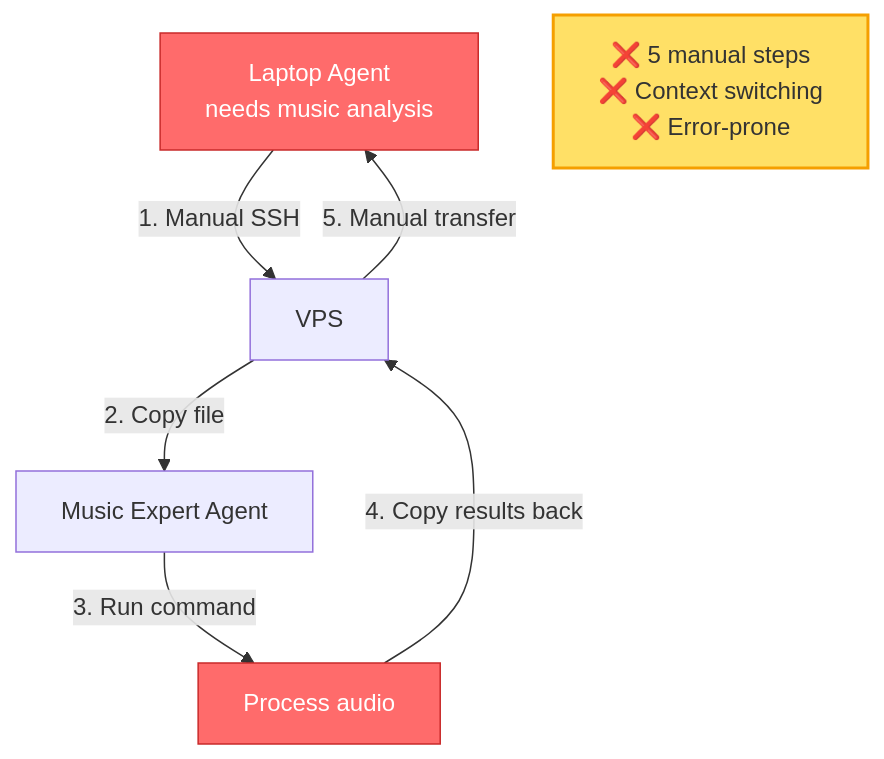
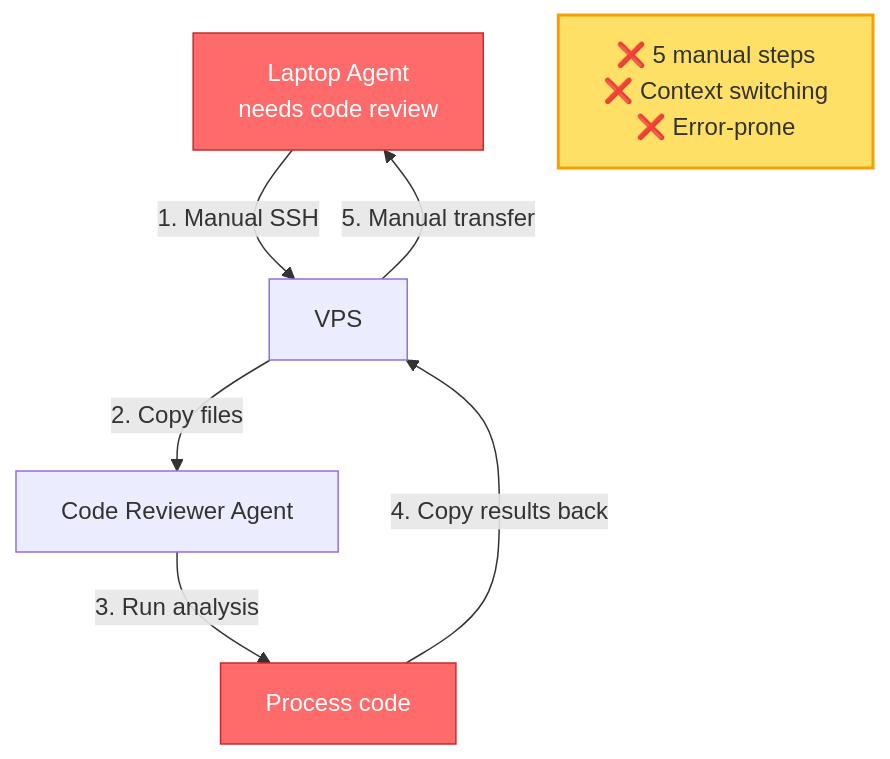
One commit to paprini/clawbridge changed the first of 8 diagrams in README.md. Above: the diagram before and after it, drawn with Mermaid. The commit also changed other lines of this file, not shown here.

First line of the commit message:
Replace README: Remove all music references (generic examples)

````diff
--- a/README.md
+++ b/README.md
@@ -14,15 +14,15 @@
 ```mermaid
 graph TB
-    A[Laptop Agent<br/>needs music analysis] -->|1. Manual SSH| B[VPS]
-    B -->|2. Copy file| C[Music Expert Agent]
-    C -->|3. Run command| D[Process audio]
+    A[Laptop Agent<br/>needs code review] -->|1. Manual SSH| B[VPS]
+    B -->|2. Copy files| C[Code Reviewer Agent]
+    C -->|3. Run analysis| D[Process code]
     D -->|4. Copy results back| B
     B -->|5. Manual transfer| A
     
     style A fill:#ff6b6b,stroke:#c92a2a,color:#fff
     style D fill:#ff6b6b,stroke:#c92a2a,color:#fff
     
     Note[❌ 5 manual steps<br/>❌ Context switching<br/>❌ Error-prone]
     
     style Note fill:#ffe066,stroke:#f59f00,stroke-width:2px
 ```
````
